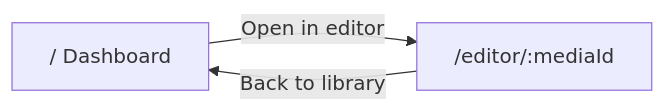
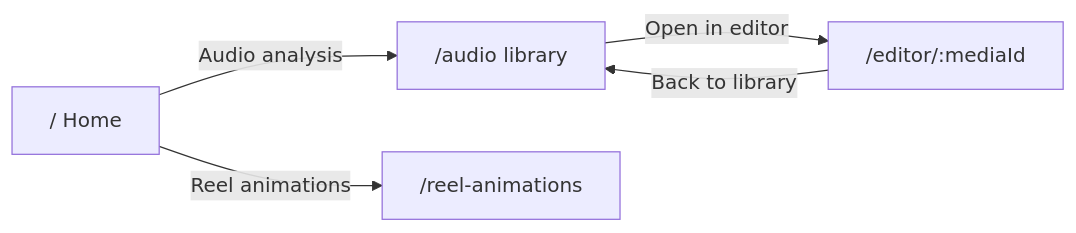
One commit to rushikc/krayon changed the diagram in docs/ui-design.md. Above: the diagram before and after it, drawn with Mermaid. The commit also changed other lines of this file and 17 other files, not shown here.

Commit message:
add reel animations support

````diff
--- a/docs/ui-design.md
+++ b/docs/ui-design.md
@@ -12,5 +14,7 @@
 ```mermaid
 flowchart LR
-  Dashboard["/ Dashboard"] -->|"Open in editor"| Editor["/editor/:mediaId"]
-  Editor -->|"Back to library"| Dashboard
+  Home["/ Home"] -->|"Audio analysis"| Audio["/audio library"]
+  Home -->|"Reel animations"| Reels["/reel-animations"]
+  Audio -->|"Open in editor"| Editor["/editor/:mediaId"]
+  Editor -->|"Back to library"| Audio
 ```
````
